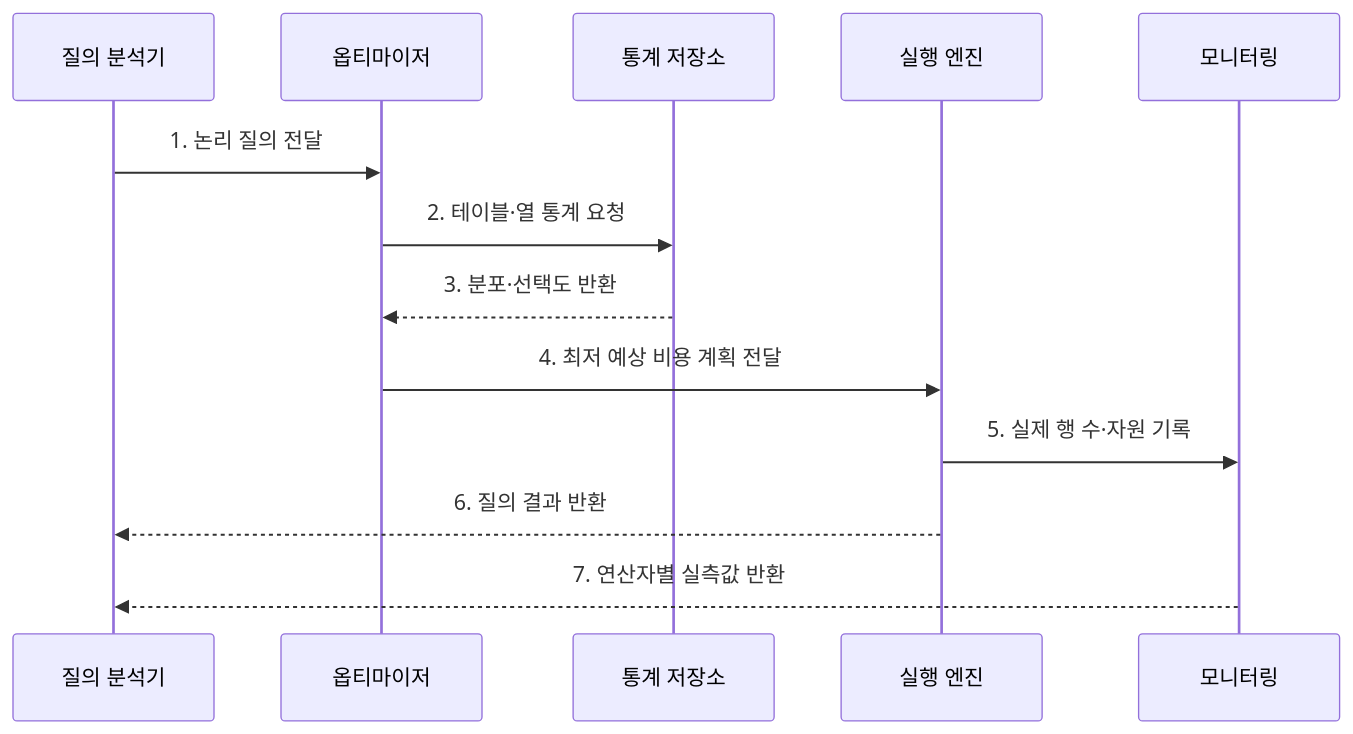
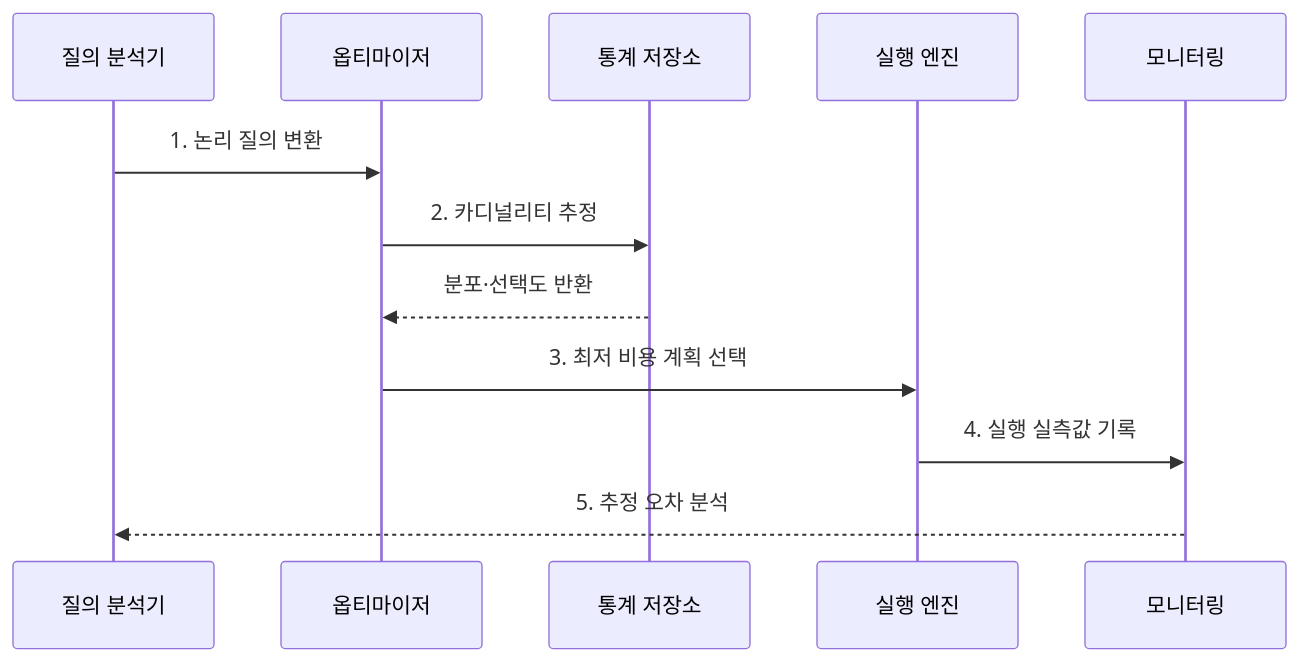
The second of 2 diagrams in src/content/docs/notes/03-software/095_query_execution_plan_optimization.md (agnusdei1207/knowledge-base), drawn with Mermaid before and after one commit. The commit also changed other lines of this file and 238 other files, not shown here.

````diff
--- a/src/content/docs/notes/03-software/095_query_execution_plan_optimization.md
+++ b/src/content/docs/notes/03-software/095_query_execution_plan_optimization.md
@@ -79,15 +79,14 @@
 ```mermaid
 sequenceDiagram
     participant Q as 질의 분석기
     participant O as 옵티마이저
     participant S as 통계 저장소
     participant E as 실행 엔진
     participant M as 모니터링
-    Q->>O: 1. 논리 질의 전달
-    O->>S: 2. 테이블·열 통계 요청
-    S-->>O: 3. 분포·선택도 반환
-    O->>E: 4. 최저 예상 비용 계획 전달
-    E->>M: 5. 실제 행 수·자원 기록
-    E-->>Q: 6. 질의 결과 반환
-    M-->>Q: 7. 연산자별 실측값 반환
+    Q->>O: 1. 논리 질의 변환
+    O->>S: 2. 카디널리티 추정
+    S-->>O: 분포·선택도 반환
+    O->>E: 3. 최저 비용 계획 선택
+    E->>M: 4. 실행 실측값 기록
+    M-->>Q: 5. 추정 오차 분석
 ```
````
